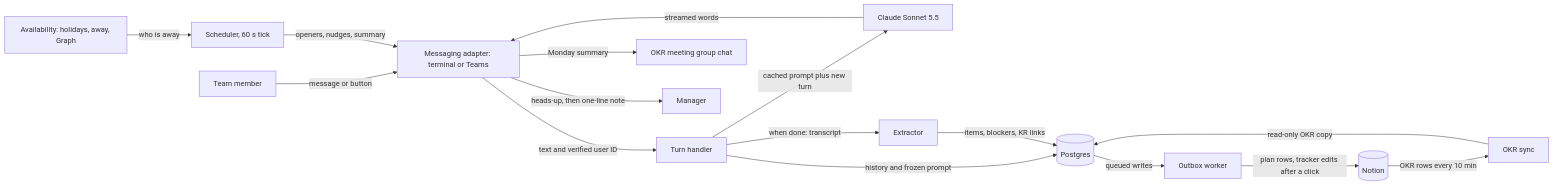
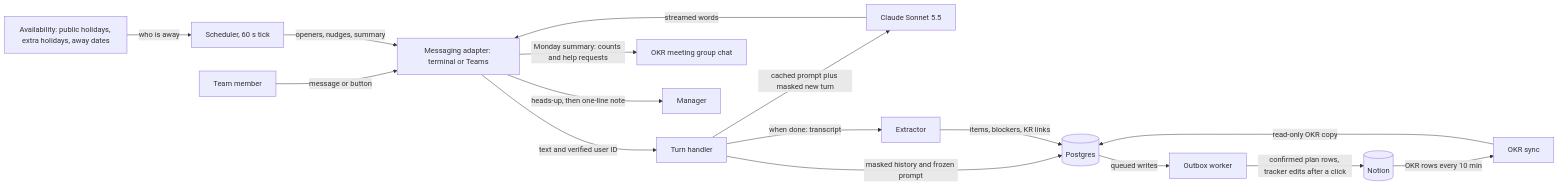
The first of 2 diagrams in docs/design.md (bedwards85/team-plannig-bot), drawn with Mermaid before and after one commit. The commit also changed other lines of this file and 1 other file, not shown here.

````diff
--- a/docs/design.md
+++ b/docs/design.md
@@ -19,18 +21,18 @@
 ```mermaid
 flowchart LR
   P[Team member] -->|message or button| MA[Messaging adapter: terminal or Teams]
   MA -->|text and verified user ID| TH[Turn handler]
-  TH -->|history and frozen prompt| DB[(Postgres)]
-  TH -->|cached prompt plus new turn| CL[Claude Sonnet 5.5]
+  TH -->|masked history and frozen prompt| DB[(Postgres)]
+  TH -->|cached prompt plus masked new turn| CL[Claude Sonnet 5.5]
   CL -->|streamed words| MA
   TH -->|when done: transcript| EX[Extractor]
   EX -->|items, blockers, KR links| DB
   DB -->|queued writes| OB[Outbox worker]
-  OB -->|plan rows, tracker edits after a click| NO[(Notion)]
+  OB -->|confirmed plan rows, tracker edits after a click| NO[(Notion)]
   NO -->|OKR rows every 10 min| SY[OKR sync]
   SY -->|read-only OKR copy| DB
-  AV[Availability: holidays, away, Graph] -->|who is away| SC[Scheduler, 60 s tick]
+  AV[Availability: public holidays, extra holidays, away dates] -->|who is away| SC[Scheduler, 60 s tick]
   SC -->|openers, nudges, summary| MA
-  MA -->|Monday summary| GC[OKR meeting group chat]
+  MA -->|Monday summary: counts and help requests| GC[OKR meeting group chat]
   MA -->|heads-up, then one-line note| MG[Manager]
 ```
````
